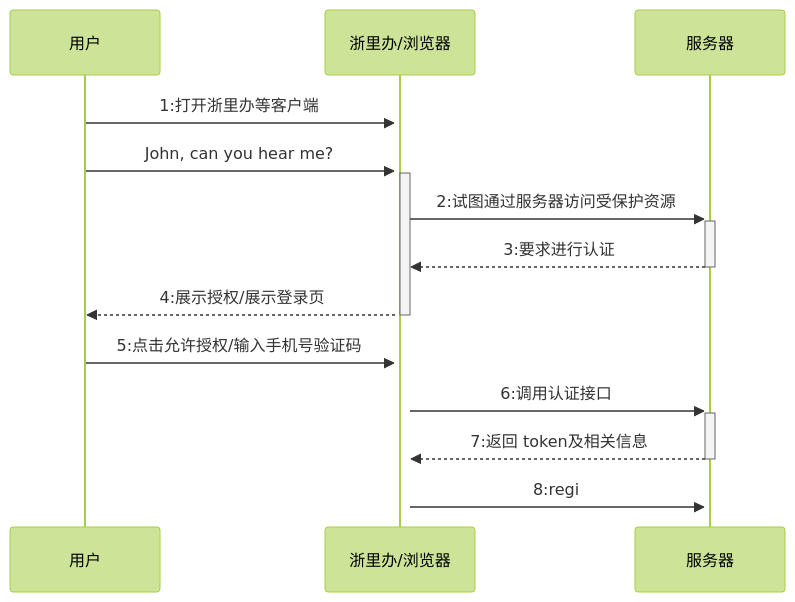
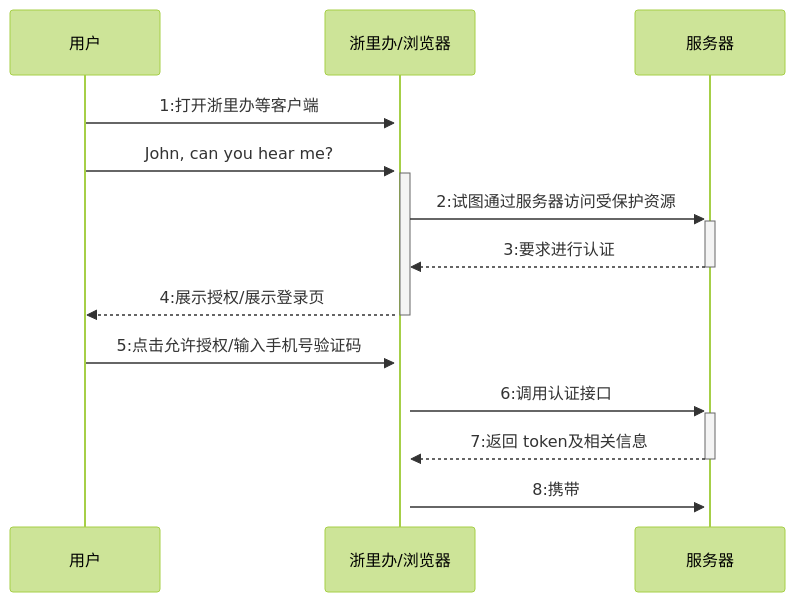
Before and after one commit to fifuntop/iodraw-files: the diagram in all/居民端时序图.md, drawn with Mermaid (forest theme).

Commit message:
2024-03-14 15:33:43 update

````diff
--- a/all/居民端时序图.md
+++ b/all/居民端时序图.md
@@ -1,13 +1,13 @@
 ```mermaid
 sequenceDiagram
     用户->>+浙里办/浏览器: 1:打开浙里办等客户端
     用户->>+浙里办/浏览器: John, can you hear me?
     浙里办/浏览器->>+服务器: 2:试图通过服务器访问受保护资源
     服务器-->>-浙里办/浏览器: 3:要求进行认证
     浙里办/浏览器-->>-用户: 4:展示授权/展示登录页
     用户->>+浙里办/浏览器: 5:点击允许授权/输入手机号验证码
     浙里办/浏览器->>+服务器: 6:调用认证接口
     服务器-->>-浙里办/浏览器: 7:返回 token及相关信息
-    浙里办/浏览器->>+服务器: 8:regi
+    浙里办/浏览器->>+服务器: 8:携带
             
 ```
````
